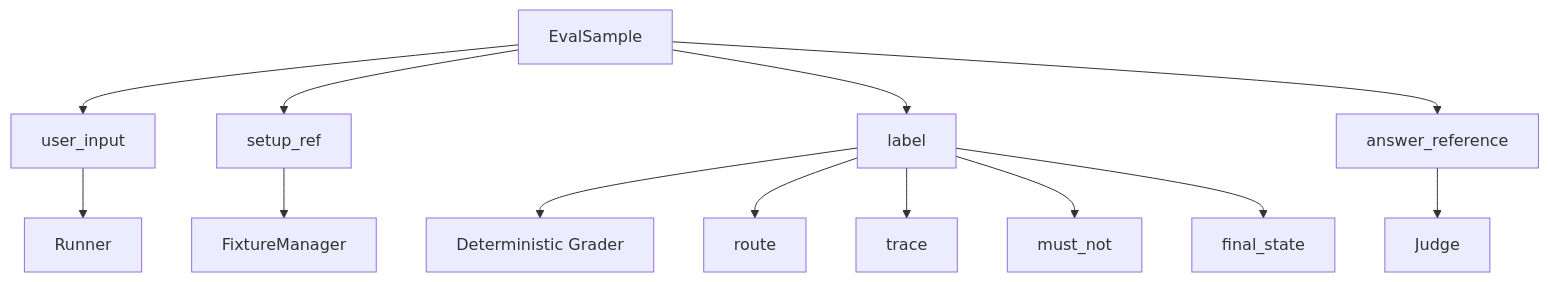
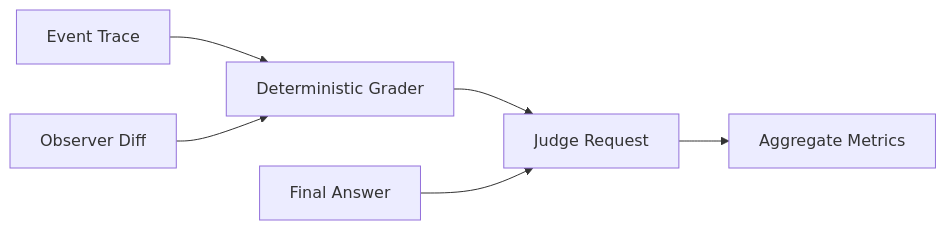
The second of 10 diagrams in docs/14-evaluation-design.md (Arthur999459up/GitAgent), drawn with Mermaid before and after one commit. The commit also changed other lines of this file and 15 other files, not shown here.

````diff
--- a/docs/14-evaluation-design.md
+++ b/docs/14-evaluation-design.md
@@ -121,17 +27,8 @@
 ```mermaid
-flowchart TD
-    S[EvalSample] --> U[user_input]
-    S --> SETUP[setup_ref]
-    S --> L[label]
-    S --> AR[answer_reference]
-
-    SETUP --> F[FixtureManager]
-    U --> R[Runner]
-    L --> G[Deterministic Grader]
-    AR --> J[Judge]
-
-    L --> ROUTE[route]
-    L --> TRACE[trace]
-    L --> NO[must_not]
-    L --> STATE[final_state]
+flowchart LR
+    E[Event Trace] --> G[Deterministic Grader]
+    D[Observer Diff] --> G
+    G --> J[Judge Request]
+    R[Final Answer] --> J
+    J --> M[Aggregate Metrics]
 ```
````
